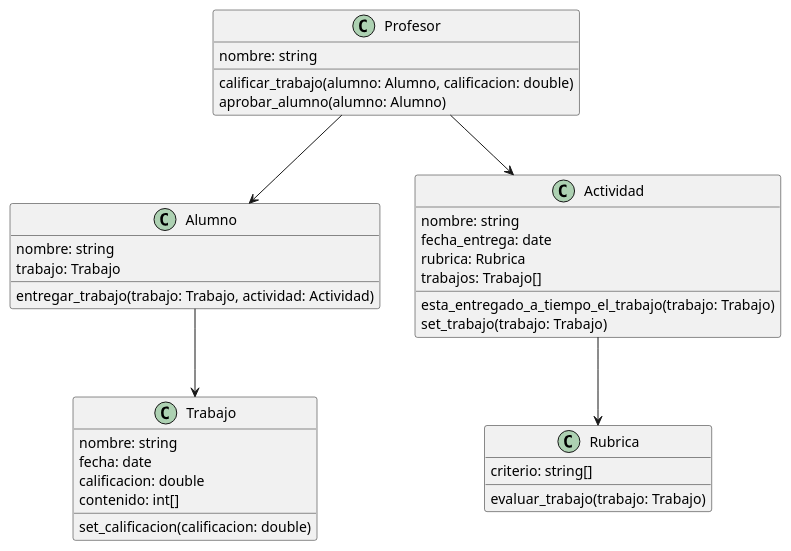
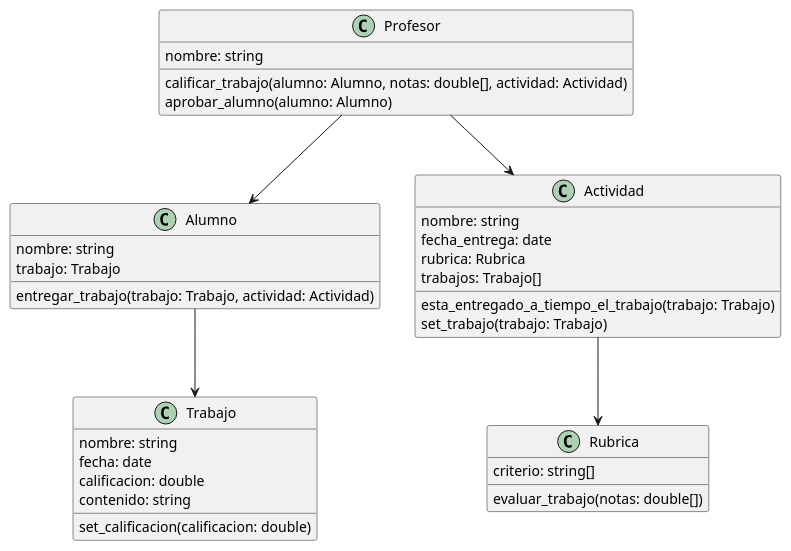
The diagram in DiagramaEjemplo.puml (vimofama/Marketplace), drawn with PlantUML before and after one commit. The commit also changed 9 other files, not shown here.

```diff
--- a/DiagramaEjemplo.puml
+++ b/DiagramaEjemplo.puml
@@ -1,43 +1,43 @@
 @startuml
 'https://plantuml.com/class-diagram
 
 class Alumno {
 nombre: string
 trabajo: Trabajo
 entregar_trabajo(trabajo: Trabajo, actividad: Actividad)
 }
 
 class Profesor {
 nombre: string
-calificar_trabajo(alumno: Alumno, calificacion: double)
+calificar_trabajo(alumno: Alumno, notas: double[], actividad: Actividad)
 aprobar_alumno(alumno: Alumno)
 }
 
 class Actividad {
 nombre: string
 fecha_entrega: date
 rubrica: Rubrica
 trabajos: Trabajo[]
 esta_entregado_a_tiempo_el_trabajo(trabajo: Trabajo)
 set_trabajo(trabajo: Trabajo)
 }
 
 class Rubrica {
 criterio: string[]
-evaluar_trabajo(trabajo: Trabajo)
+evaluar_trabajo(notas: double[])
 }
 
 class Trabajo {
 nombre: string
 fecha: date
 calificacion: double
-contenido: int[]
+contenido: string
 set_calificacion(calificacion: double)
 }
 
 Profesor --> Actividad
 Profesor --> Alumno
 Actividad --> Rubrica
 Alumno --> Trabajo
 
 @enduml
```
